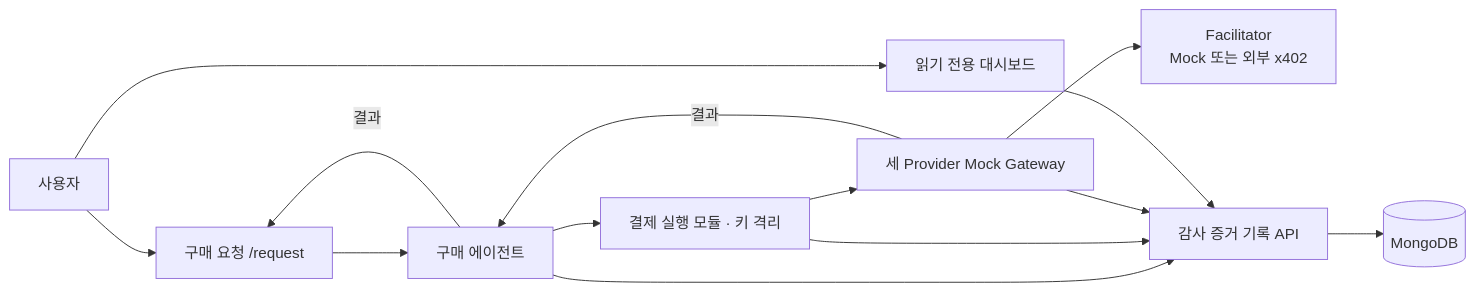
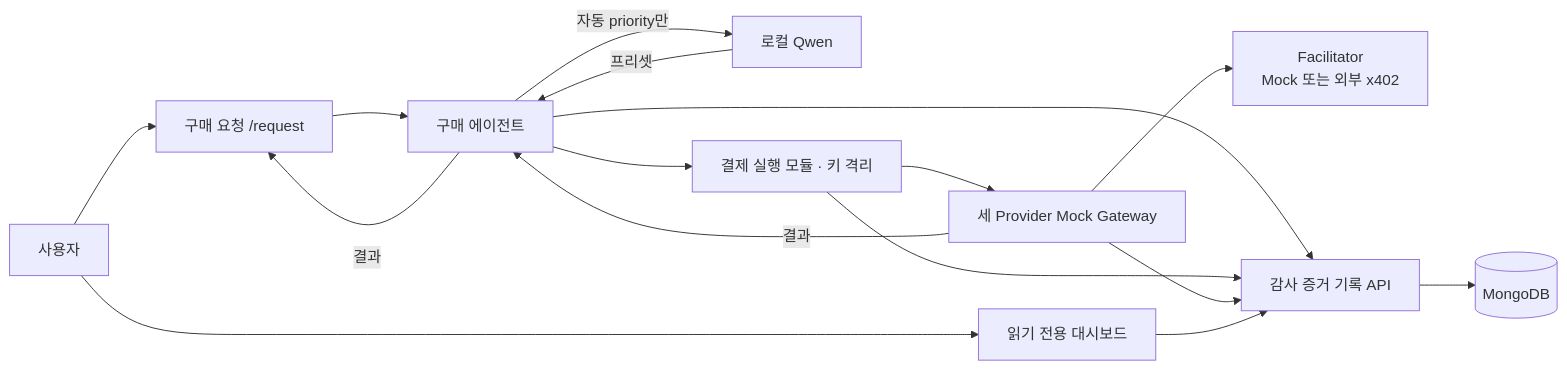
One commit to codenameVien/ai-agent-payment-audit changed the diagram in README.md. Above: the diagram before and after it, drawn with Mermaid. The commit also changed other lines of this file and 42 other files, not shown here.

````diff
--- a/README.md
+++ b/README.md
@@ -15,16 +17,18 @@
 ```mermaid
 flowchart LR
   U[사용자] --> R[구매 요청 /request]
   R --> B[구매 에이전트]
+  B -->|자동 priority만| Q[로컬 Qwen]
+  Q -->|프리셋| B
   B --> P[결제 실행 모듈 · 키 격리]
   P --> G[세 Provider Mock Gateway]
   G --> F[Facilitator\nMock 또는 외부 x402]
   G -->|결과| B
   B -->|결과| R
   B --> E[감사 증거 기록 API]
   P --> E
   G --> E
   E --> M[(MongoDB)]
   U --> D[읽기 전용 대시보드]
   D --> E
 ```
````
